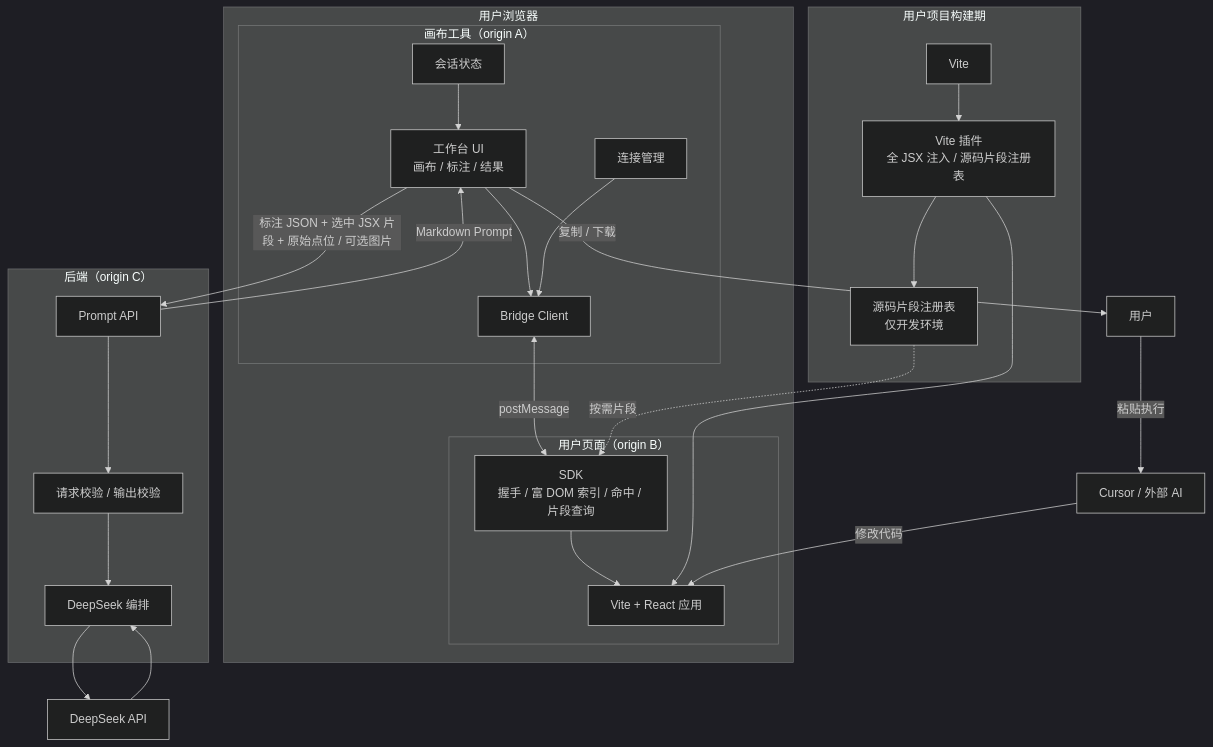
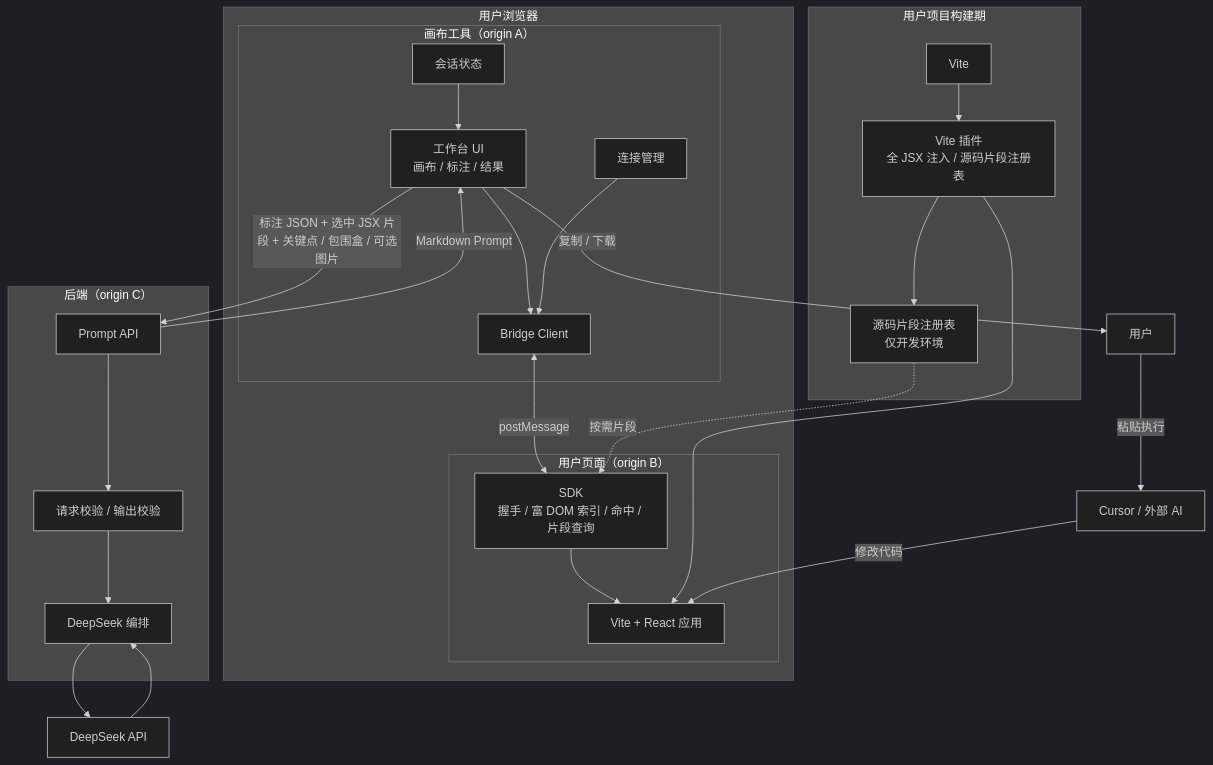
One commit to Cai199999/vibe-app changed the first of 8 diagrams in docs/design/02.整体架构设计.md. Above: the diagram before and after it, drawn with Mermaid (dark theme). The commit also changed other lines of this file and 24 other files, not shown here.

````diff
--- a/docs/design/02.整体架构设计.md
+++ b/docs/design/02.整体架构设计.md
@@ -55,46 +55,46 @@
 ```mermaid
 flowchart TB
     subgraph UserBrowser["用户浏览器"]
         subgraph Host["画布工具（origin A）"]
             UI["工作台 UI<br/>画布 / 标注 / 结果"]
             CONN["连接管理"]
             BRIDGE["Bridge Client"]
             STATE["会话状态"]
         end
 
         subgraph Frame["用户页面（origin B）"]
             APP["Vite + React 应用"]
             SDK["SDK<br/>握手 / 富 DOM 索引 / 命中 / 片段查询"]
         end
 
         UI --> BRIDGE
         CONN --> BRIDGE
         STATE --> UI
         BRIDGE <-->|"postMessage"| SDK
         SDK --> APP
     end
 
     subgraph Service["后端（origin C）"]
         API["Prompt API"]
         VALID["请求校验 / 输出校验"]
         ORCH["DeepSeek 编排"]
         API --> VALID --> ORCH
     end
 
     subgraph Build["用户项目构建期"]
         VITE["Vite"]
         PLUGIN["Vite 插件<br/>全 JSX 注入 / 源码片段注册表"]
         REG["源码片段注册表<br/>仅开发环境"]
         VITE --> PLUGIN --> APP
         PLUGIN --> REG
         REG -.->|"按需片段"| SDK
     end
 
-    UI -->|"标注 JSON + 选中 JSX 片段 + 原始点位 / 可选图片"| API
+    UI -->|"标注 JSON + 选中 JSX 片段 + 关键点 / 包围盒 / 可选图片"| API
     ORCH --> DS["DeepSeek API"]
     DS --> ORCH
     API -->|"Markdown Prompt"| UI
     UI -->|"复制 / 下载"| USER["用户"]
     USER -->|"粘贴执行"| CURSOR["Cursor / 外部 AI"]
     CURSOR -->|"修改代码"| APP
 ```
````
